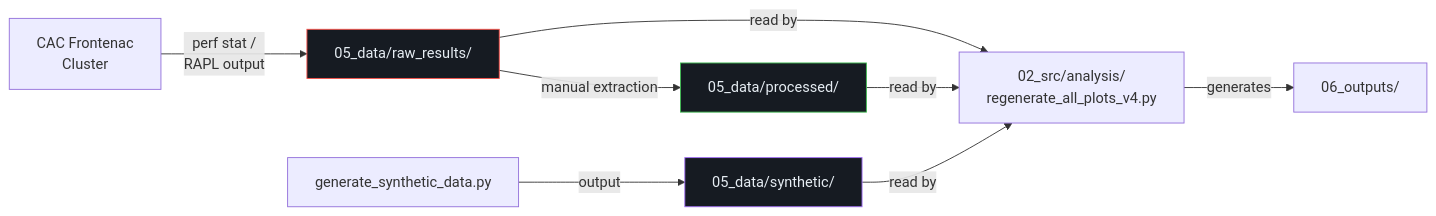
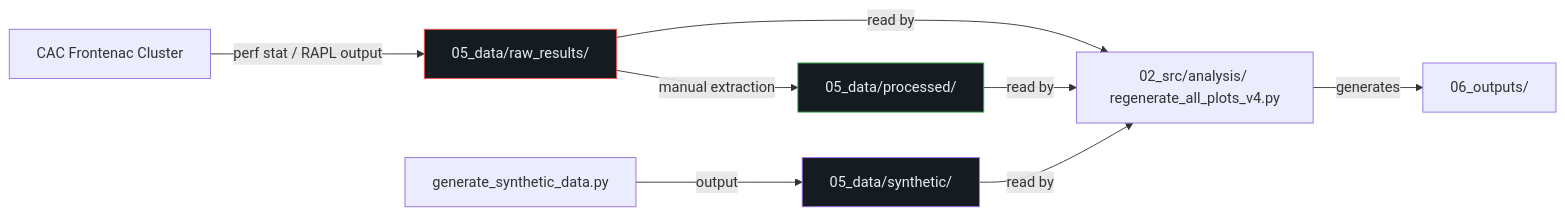
One commit to johnnietse/elec-498-group-30-2025-2026-proxy-app changed the diagram in 00_architecture_docs/05_data_directory.md. Above: the diagram before and after it, drawn with Mermaid. The commit also changed 7 other files, not shown here.

Commit message:
Fix Mermaid diagram rendering issues on GitHub by removing HTML tags from node labels

````diff
--- a/00_architecture_docs/05_data_directory.md
+++ b/00_architecture_docs/05_data_directory.md
@@ -149,14 +149,14 @@
 ```mermaid
 flowchart LR
-    CLUSTER["CAC Frontenac<br/>Cluster"] -->|"perf stat /<br/>RAPL output"| RAW["05_data/raw_results/"]
+    CLUSTER["CAC Frontenac Cluster"] -->|"perf stat / RAPL output"| RAW["05_data/raw_results/"]
     GEN["generate_synthetic_data.py"] -->|"output"| SYNTH["05_data/synthetic/"]
     RAW -->|"manual extraction"| PROC["05_data/processed/"]
-    RAW -->|"read by"| ANALYSIS["02_src/analysis/<br/>regenerate_all_plots_v4.py"]
+    RAW -->|"read by"| ANALYSIS["02_src/analysis/ regenerate_all_plots_v4.py"]
     PROC -->|"read by"| ANALYSIS
     SYNTH -->|"read by"| ANALYSIS
     ANALYSIS -->|"generates"| OUTPUTS["06_outputs/"]
     
     style RAW fill:#161b22,stroke:#f85149,color:#e6edf3
     style PROC fill:#161b22,stroke:#3fb950,color:#e6edf3
     style SYNTH fill:#161b22,stroke:#a371f7,color:#e6edf3
 ```
````
